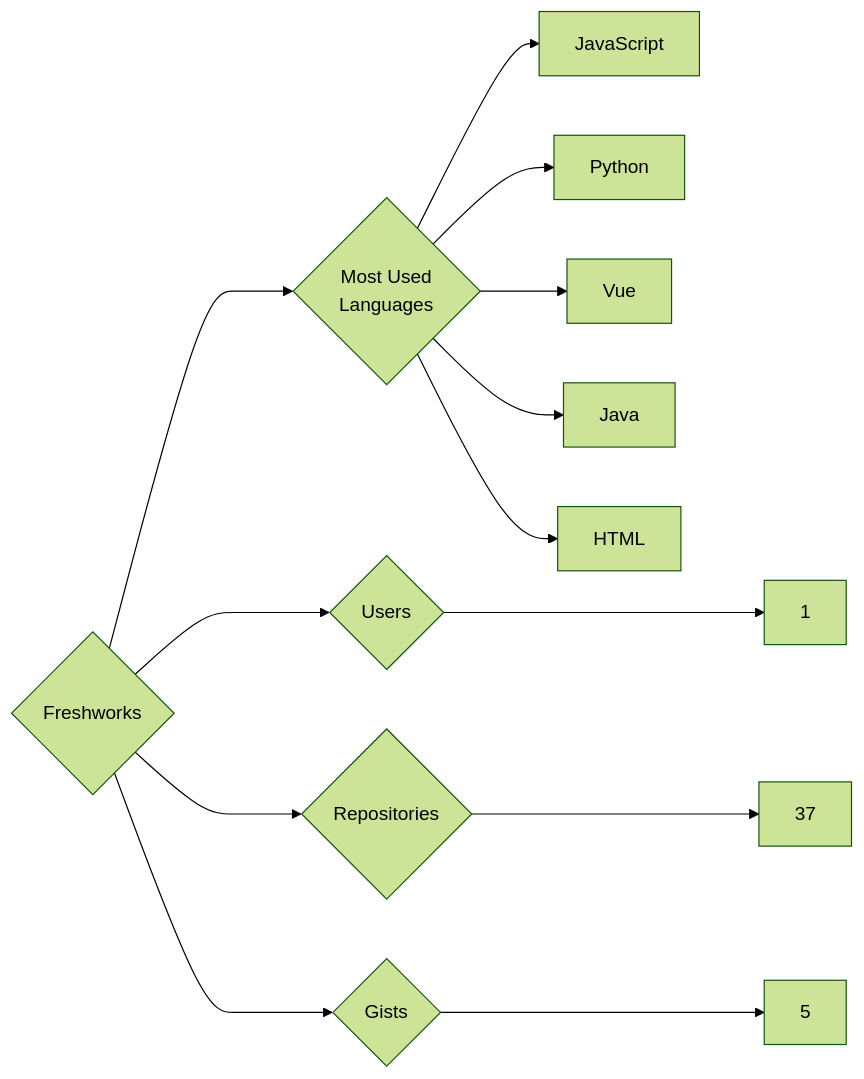
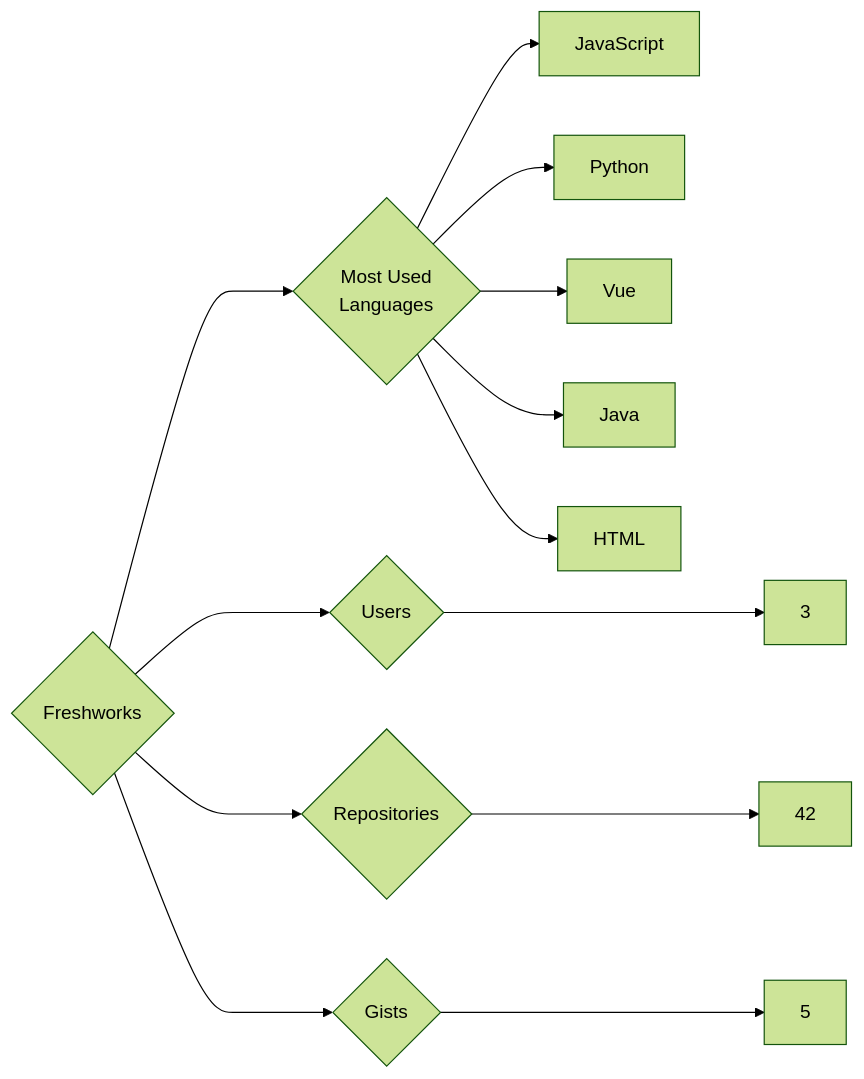
One commit to trickest/insiders changed the diagram in targets/Freshworks/README.md. Above: the diagram before and after it, drawn with Mermaid (forest theme). The commit also changed 942 other files, not shown here.

````diff
--- a/targets/Freshworks/README.md
+++ b/targets/Freshworks/README.md
@@ -3,13 +3,13 @@
 ```mermaid
 graph LR
 COMPANY_NAME{Freshworks}
-COMPANY_NAME ---> U{Users} ---> UN[1]
-COMPANY_NAME ---> R{Repositories} ---> RN[37]
+COMPANY_NAME ---> U{Users} ---> UN[3]
+COMPANY_NAME ---> R{Repositories} ---> RN[42]
 COMPANY_NAME ---> G{Gists} ---> GN[5]
 COMPANY_NAME ---> ML{Most Used<br>Languages}
 ML --> JavaScript[JavaScript]
 ML --> Python[Python]
 ML --> Vue[Vue]
 ML --> Java[Java]
 ML --> HTML[HTML]
 ```
````
